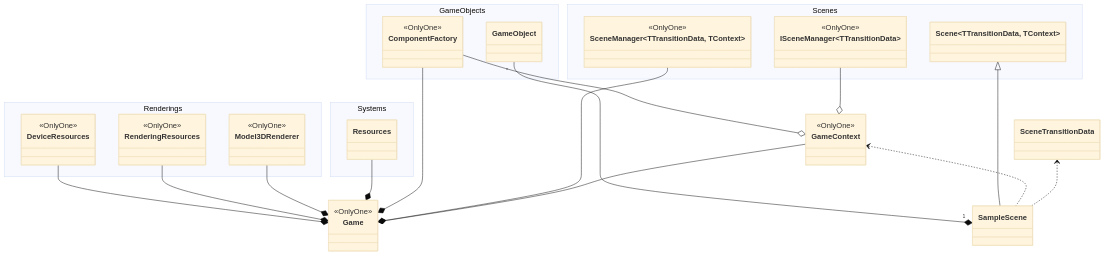
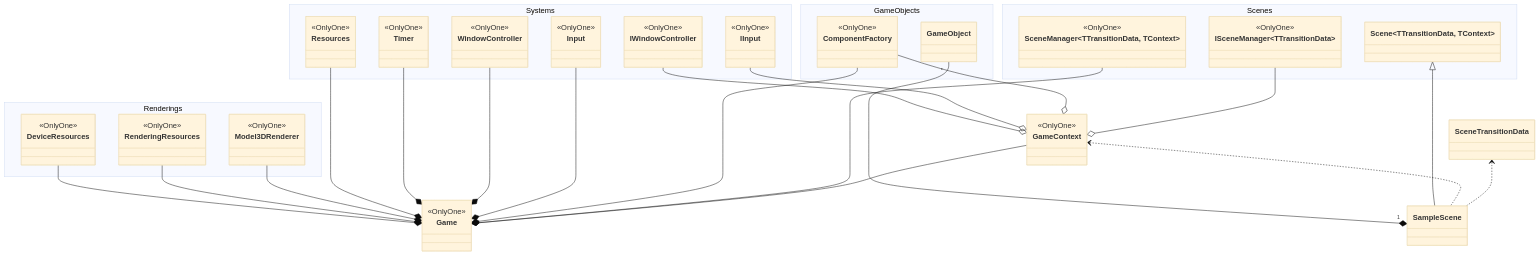
The second of 2 diagrams in Readme.md (ZeroMatrix0000/RPGEditorVer2.0), drawn with Mermaid (base theme) before and after one commit. The commit also changed other lines of this file and 13 other files, not shown here.

````diff
--- a/Readme.md
+++ b/Readme.md
@@ -72,55 +80,71 @@
 ```mermaid
 
 classDiagram
 
 namespace Renderings{
     class DeviceResources
     class RenderingResources
     class Model3DRenderer
 }
 
 namespace Systems{
     class Resources
+    class Timer
+    class IWindowController
+    class WindowController
+    class IInput
+    class Input
 }
 
 namespace GameObjects{
     class ComponentFactory
     class GameObject
 }
 
 namespace Scenes{
     class Scene["Scene&lt;TTransitionData, TContext>"]
     class ISceneManager["ISceneManager&lt;TTransitionData>"]
     class SceneManager["SceneManager&lt;TTransitionData, TContext>"]
 }
 
 class GameContext
 class SceneTransitionData
 class Game
 
 class SampleScene
 
 <<OnlyOne>> DeviceResources
 <<OnlyOne>> RenderingResources
 <<OnlyOne>> Model3DRenderer
+<<OnlyOne>> Resources
+<<OnlyOne>> Timer
+<<OnlyOne>> IWindowController
+<<OnlyOne>> WindowController
+<<OnlyOne>> IInput
+<<OnlyOne>> Input
 <<OnlyOne>> ComponentFactory
 <<OnlyOne>> ISceneManager
 <<OnlyOne>> SceneManager
 <<OnlyOne>> GameContext
 <<OnlyOne>> Game
 
 DeviceResources --* Game
 RenderingResources --* Game
 Model3DRenderer --* Game
 Resources --* Game
+Timer --* Game
+IWindowController --o GameContext
+WindowController --* Game
+IInput --o GameContext
+Input --* Game
 ComponentFactory --o GameContext
 ComponentFactory --* Game
 GameObject "*" --* "1" SampleScene
 Scene <|-- SampleScene
 ISceneManager --o GameContext
 SceneManager --* Game
 GameContext --* Game
 GameContext <.. SampleScene
 SceneTransitionData <.. SampleScene
 
 ```
````
